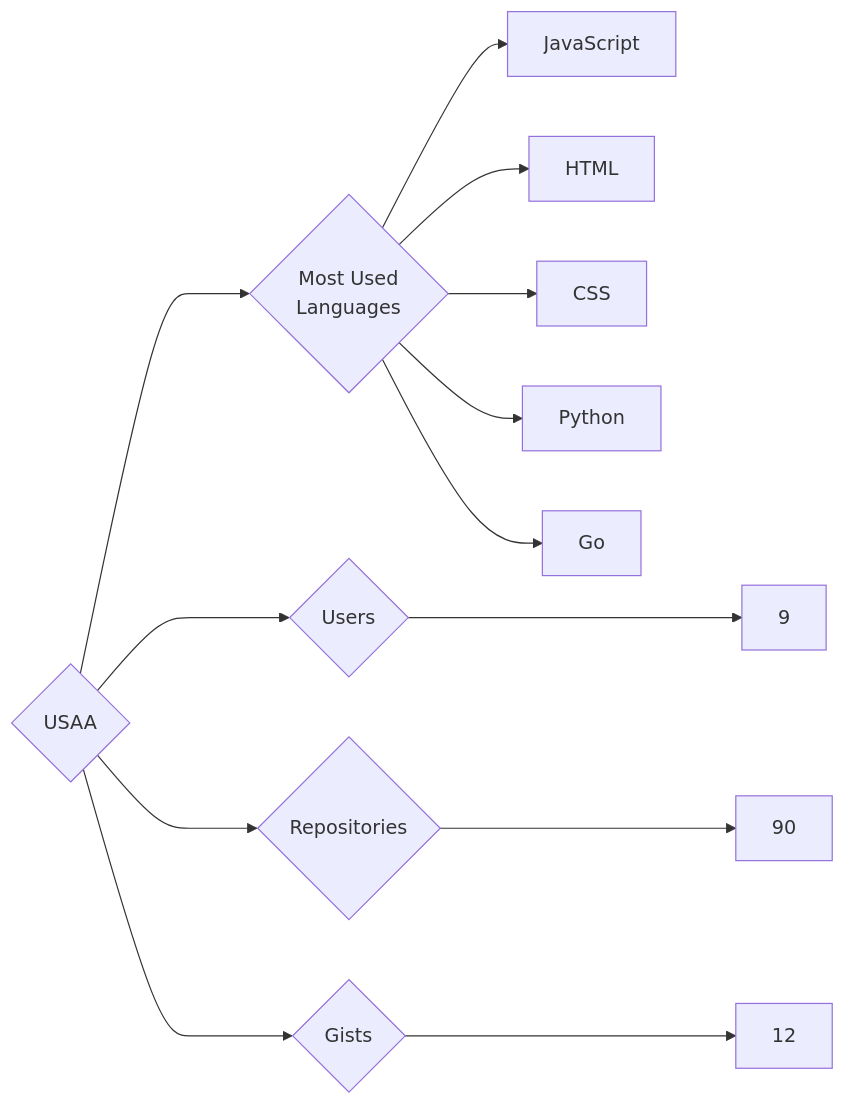
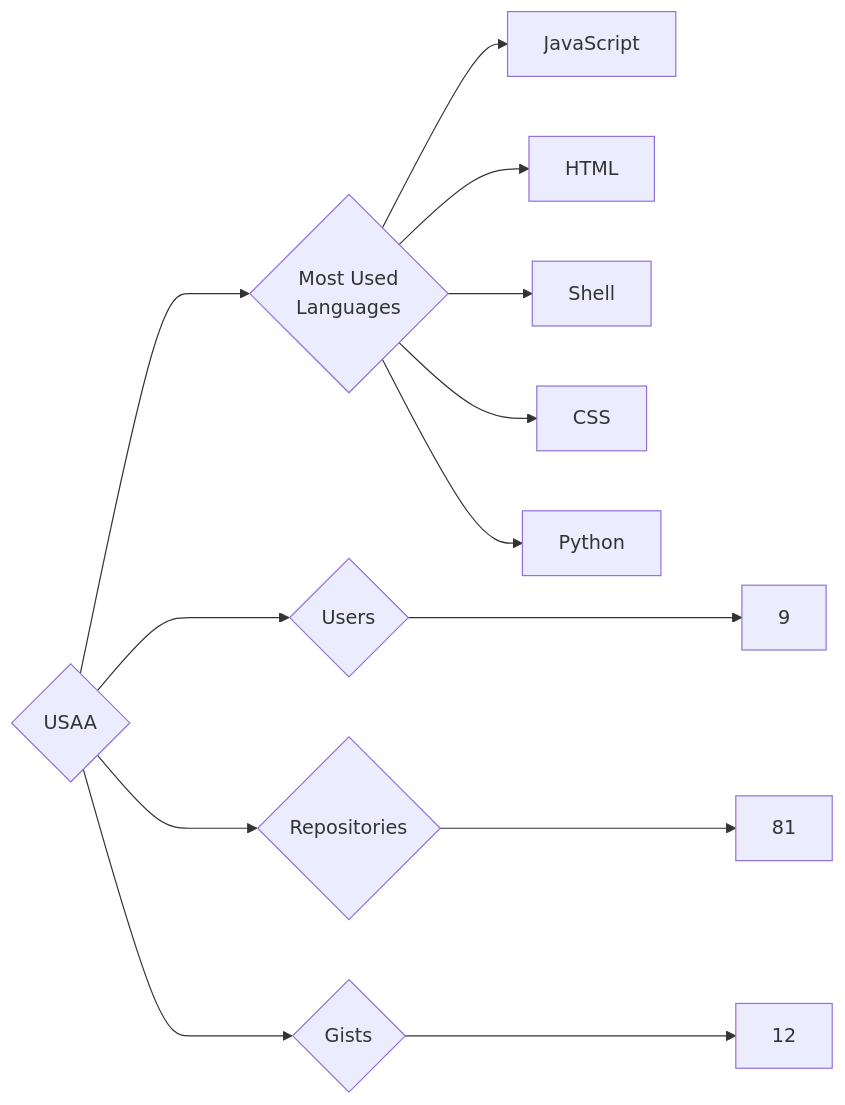
One commit to trickest/insiders changed the diagram in targets/USAA/README.md. Above: the diagram before and after it, drawn with Mermaid. The commit also changed 1508 other files, not shown here.

````diff
--- a/targets/USAA/README.md
+++ b/targets/USAA/README.md
@@ -3,13 +3,13 @@
 ```mermaid
 graph LR
 COMPANY_NAME{USAA}
 COMPANY_NAME ---> U{Users} ---> UN[9]
-COMPANY_NAME ---> R{Repositories} ---> RN[90]
+COMPANY_NAME ---> R{Repositories} ---> RN[81]
 COMPANY_NAME ---> G{Gists} ---> GN[12]
 COMPANY_NAME ---> ML{Most Used<br>Languages}
 ML --> JavaScript[JavaScript]
 ML --> HTML[HTML]
+ML --> Shell[Shell]
 ML --> CSS[CSS]
 ML --> Python[Python]
-ML --> Go[Go]
 ```
````
